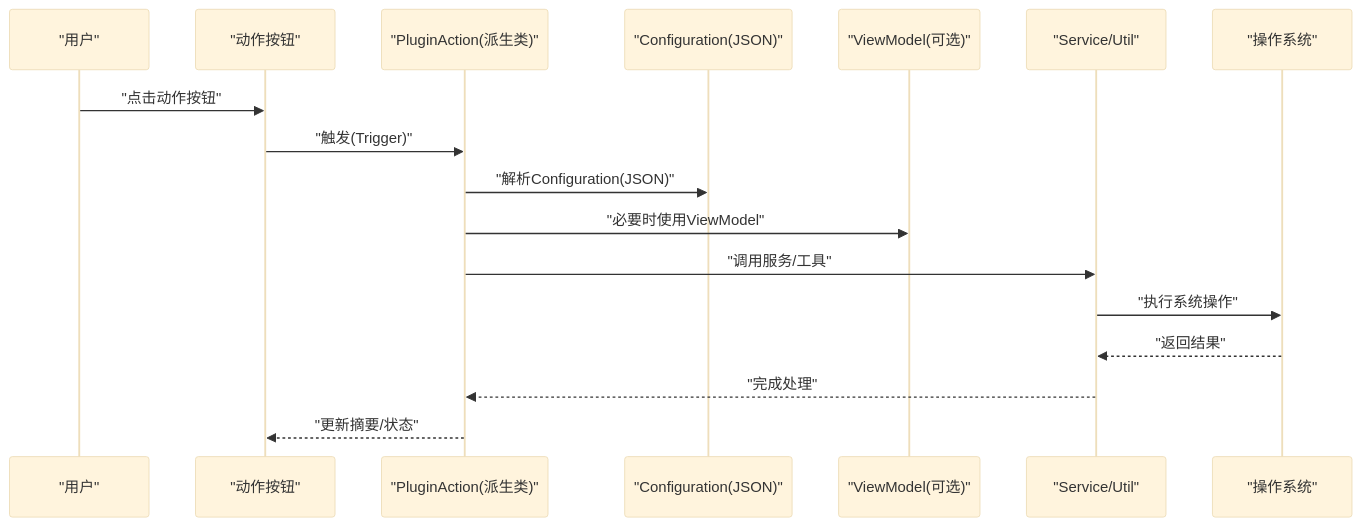
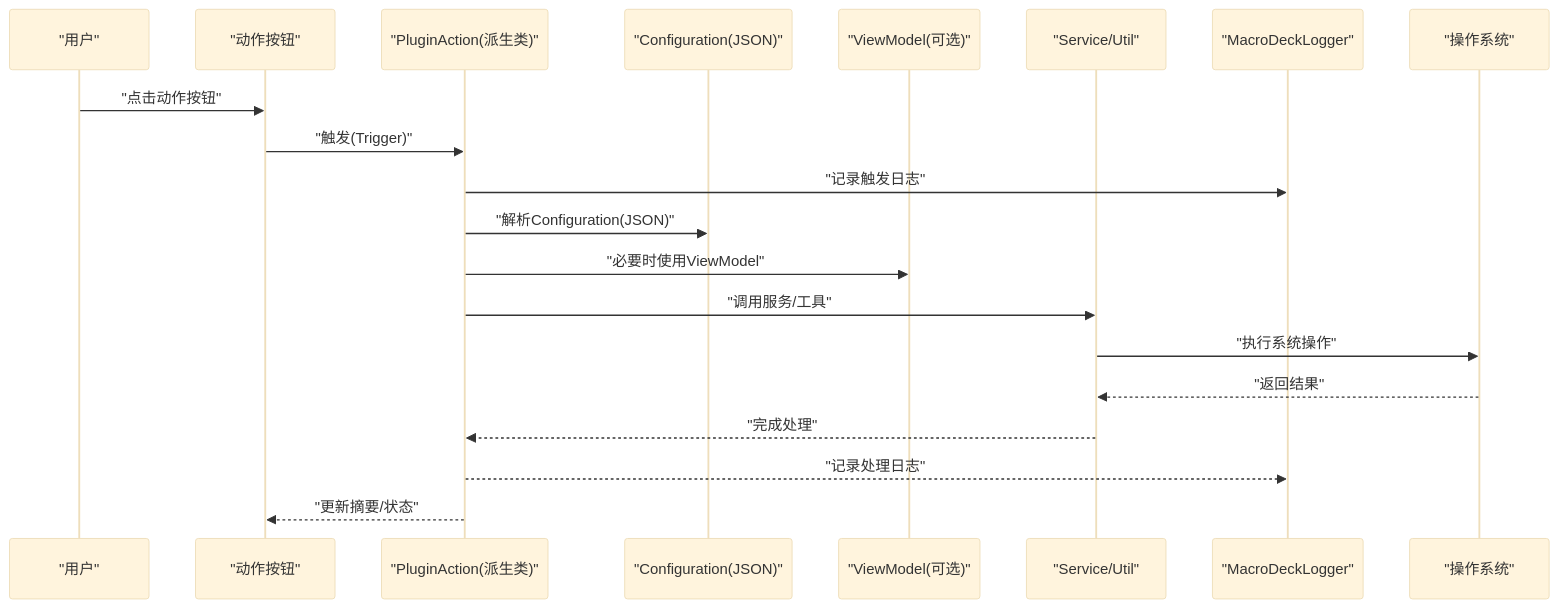
The second of 5 diagrams in .qoder/repowiki/zh/content/开发者指南/开发者指南.md (tea4go/Macro-Deck-Windows-Utils-Plugin), drawn with Mermaid (base theme) before and after one commit. The commit also changed other lines of this file and 30 other files, not shown here.

First line of the commit message:
chore(documentation): 更新 Macro Deck Windows 插件文档与插件索引信息

````diff
--- a/.qoder/repowiki/zh/content/开发者指南/开发者指南.md
+++ b/.qoder/repowiki/zh/content/开发者指南/开发者指南.md
@@ -94,19 +117,22 @@
 ```mermaid
 sequenceDiagram
 participant U as "用户"
 participant AB as "动作按钮"
 participant ACT as "PluginAction(派生类)"
 participant CFG as "Configuration(JSON)"
 participant VM as "ViewModel(可选)"
 participant SVC as "Service/Util"
+participant LOG as "MacroDeckLogger"
 participant OS as "操作系统"
 U->>AB : "点击动作按钮"
 AB->>ACT : "触发(Trigger)"
+ACT->>LOG : "记录触发日志"
 ACT->>CFG : "解析Configuration(JSON)"
 ACT->>VM : "必要时使用ViewModel"
 ACT->>SVC : "调用服务/工具"
 SVC->>OS : "执行系统操作"
 OS-->>SVC : "返回结果"
 SVC-->>ACT : "完成处理"
+ACT-->>LOG : "记录处理日志"
 ACT-->>AB : "更新摘要/状态"
 ```
````
